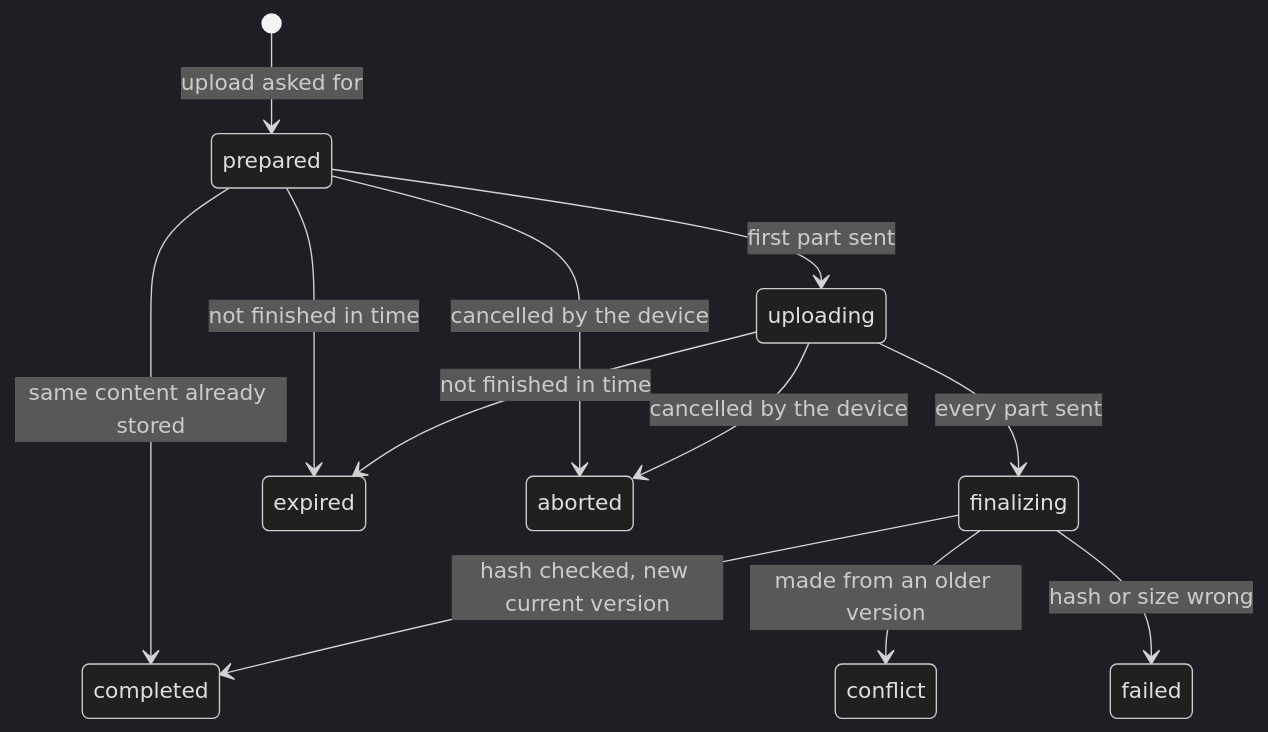
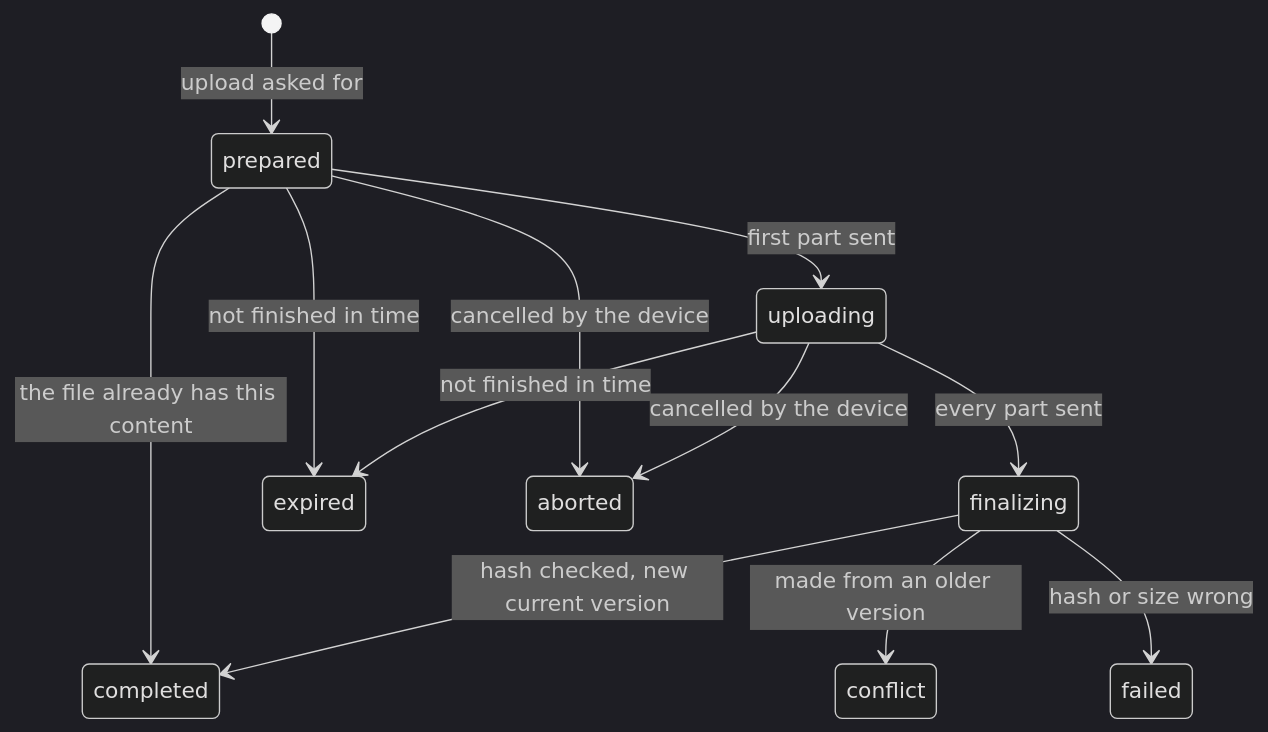
One commit to SoltuneMontepre/medilab changed the seventh of 9 diagrams in docs/functional/laboratory_module/overview.md. Above: the diagram before and after it, drawn with Mermaid (dark theme). The commit also changed other lines of this file and 8 other files, not shown here.

First line of the commit message:
[docs] Record the laboratory files architecture decisions

````diff
--- a/docs/functional/laboratory_module/overview.md
+++ b/docs/functional/laboratory_module/overview.md
@@ -259,14 +259,14 @@
 ```mermaid
 stateDiagram-v2
     [*] --> prepared: upload asked for
     prepared --> uploading: first part sent
-    prepared --> completed: same content already stored
+    prepared --> completed: the file already has this content
     uploading --> finalizing: every part sent
     finalizing --> completed: hash checked, new current version
     finalizing --> conflict: made from an older version
     prepared --> expired: not finished in time
     uploading --> expired: not finished in time
     prepared --> aborted: cancelled by the device
     uploading --> aborted: cancelled by the device
     finalizing --> failed: hash or size wrong
 ```
````
